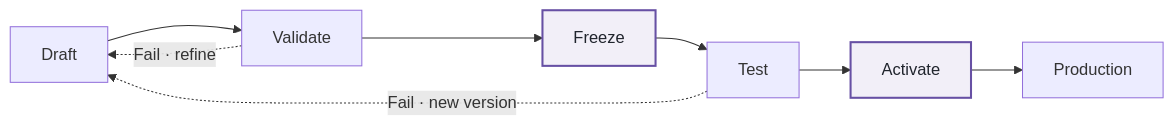
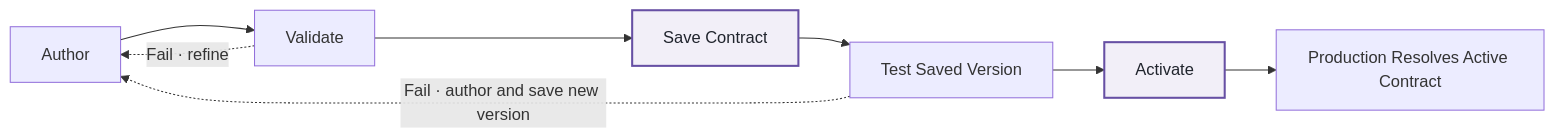
One commit to Voycepeh/FabricOps-Starter-Kit changed the diagram in docs/how-fabricops-works.md. Above: the diagram before and after it, drawn with Mermaid. The commit also changed other lines of this file, not shown here.

Commit message:
docs: align contract workflow terminology with implementation

````diff
--- a/docs/how-fabricops-works.md
+++ b/docs/how-fabricops-works.md
@@ -293,9 +293,9 @@
 ```mermaid
 flowchart LR
-    DRAFT["Draft"] --> VALIDATE["Validate"] --> FREEZE["Freeze"] --> TEST["Test"] --> ACTIVATE["Activate"] --> PROD["Production"]
-    VALIDATE -. "Fail · refine" .-> DRAFT
-    TEST -. "Fail · new version" .-> DRAFT
+    AUTHOR["Author"] --> VALIDATE["Validate"] --> SAVE["Save Contract"] --> TEST["Test Saved Version"] --> ACTIVATE["Activate"] --> PROD["Production Resolves Active Contract"]
+    VALIDATE -. "Fail · refine" .-> AUTHOR
+    TEST -. "Fail · author and save new version" .-> AUTHOR
 
     classDef focal fill:#f2eff8,stroke:#6750a4,stroke-width:2px,color:#20242d;
-    class FREEZE,ACTIVATE focal;
+    class SAVE,ACTIVATE focal;
 ```
````
